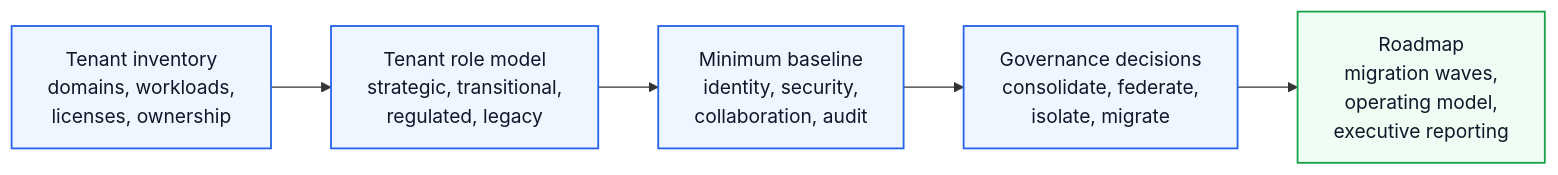
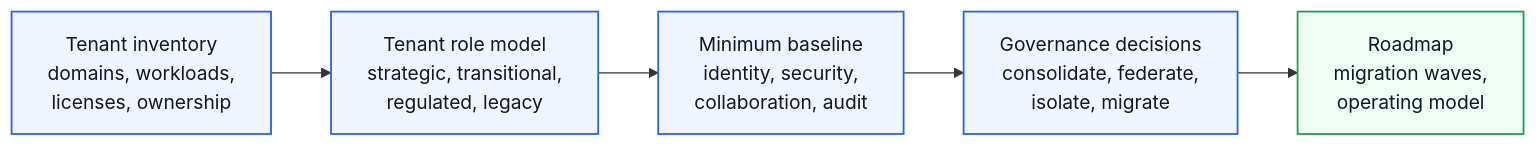
Before and after one commit to Eric841001/Eric841001.github.io: the diagram in docs/projects/multi-tenant-governance-strategy.md, drawn with Mermaid. The commit also changed 6 other files, not shown here.

Commit message:
Extend GPT-5.6 adoption guidance and refine diagrams

````diff
--- a/docs/projects/multi-tenant-governance-strategy.md
+++ b/docs/projects/multi-tenant-governance-strategy.md
@@ -13,13 +13,13 @@
 ```mermaid
 flowchart LR
   Inventory["Tenant inventory<br/>domains, workloads,<br/>licenses, ownership"]:::phase
   Classify["Tenant role model<br/>strategic, transitional,<br/>regulated, legacy"]:::phase
   Baseline["Minimum baseline<br/>identity, security,<br/>collaboration, audit"]:::phase
   Decide["Governance decisions<br/>consolidate, federate,<br/>isolate, migrate"]:::phase
-  Roadmap["Roadmap<br/>migration waves,<br/>operating model,<br/>executive reporting"]:::outcome
+  Roadmap["Roadmap<br/>migration waves,<br/>operating model"]:::outcome
 
   Inventory --> Classify --> Baseline --> Decide --> Roadmap
 
   classDef phase fill:#eff6ff,stroke:#2563eb,color:#0f172a,stroke-width:1.5px
   classDef outcome fill:#f0fdf4,stroke:#16a34a,color:#0f172a,stroke-width:1.5px
 ```
````
